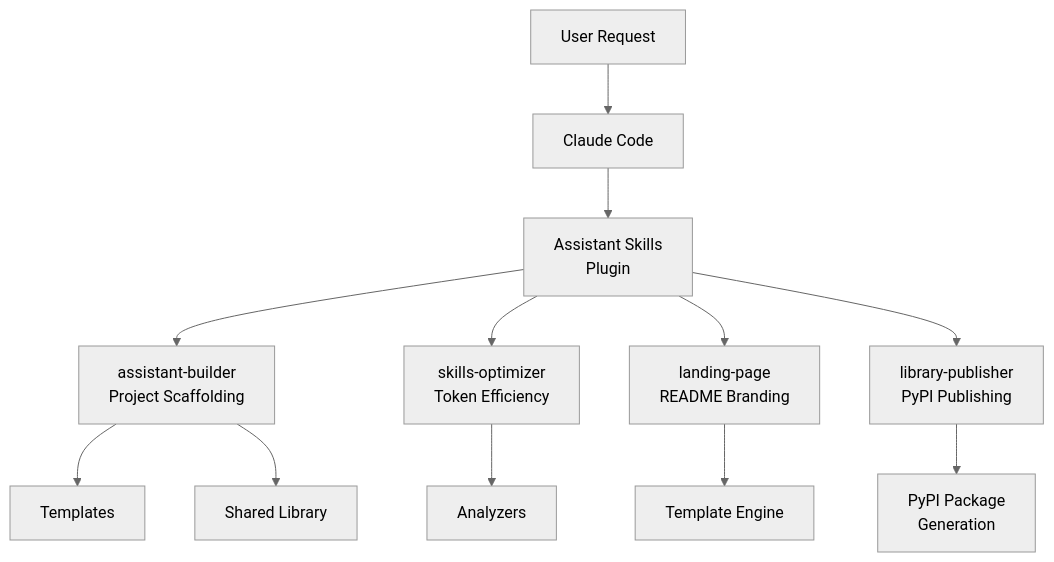
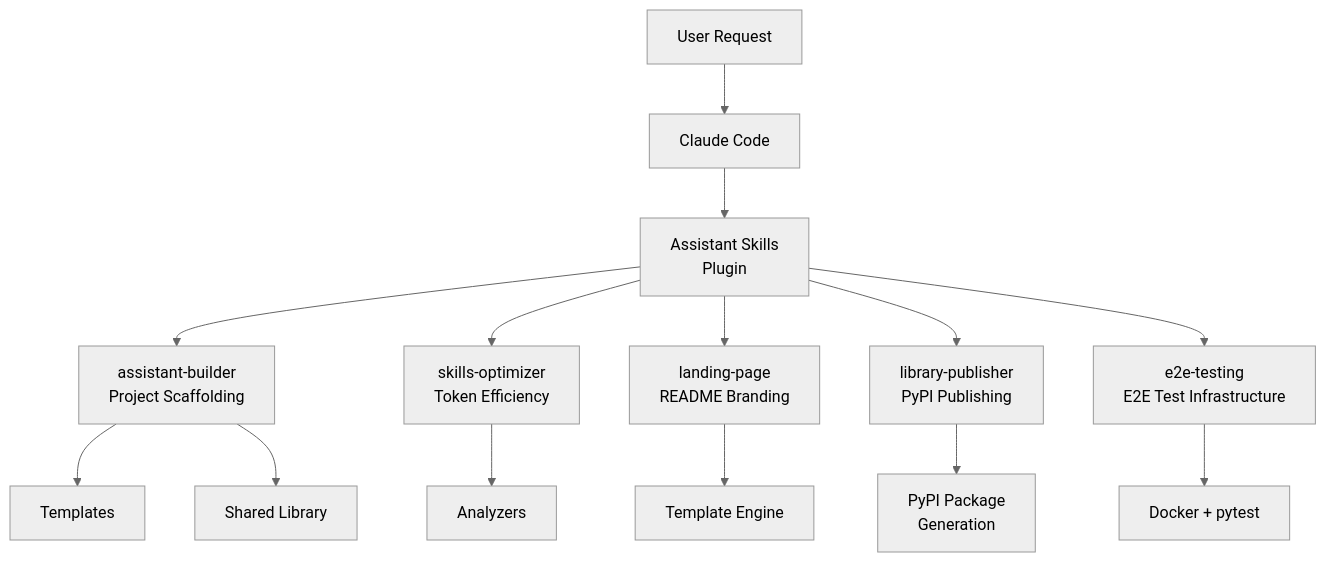
The diagram in README.md (grandcamel/Assistant-Skills), drawn with Mermaid (neutral theme) before and after one commit. The commit also changed other lines of this file and 29 other files, not shown here.

````diff
--- a/README.md
+++ b/README.md
@@ -306,17 +325,19 @@
 ```mermaid
 flowchart TD
     U["User Request"] --> CC["Claude Code"]
     CC --> AS["Assistant Skills<br/>Plugin"]
 
     AS --> AB["assistant-builder<br/>Project Scaffolding"]
     AS --> SO["skills-optimizer<br/>Token Efficiency"]
     AS --> LP["landing-page<br/>README Branding"]
     AS --> LIB["library-publisher<br/>PyPI Publishing"]
+    AS --> E2E["e2e-testing<br/>E2E Test Infrastructure"]
 
     AB --> T["Templates"]
     AB --> SH["Shared Library"]
 
     SO --> AN["Analyzers"]
     LP --> TM["Template Engine"]
     LIB --> PY["PyPI Package<br/>Generation"]
+    E2E --> DOC["Docker + pytest"]
 ```
````
